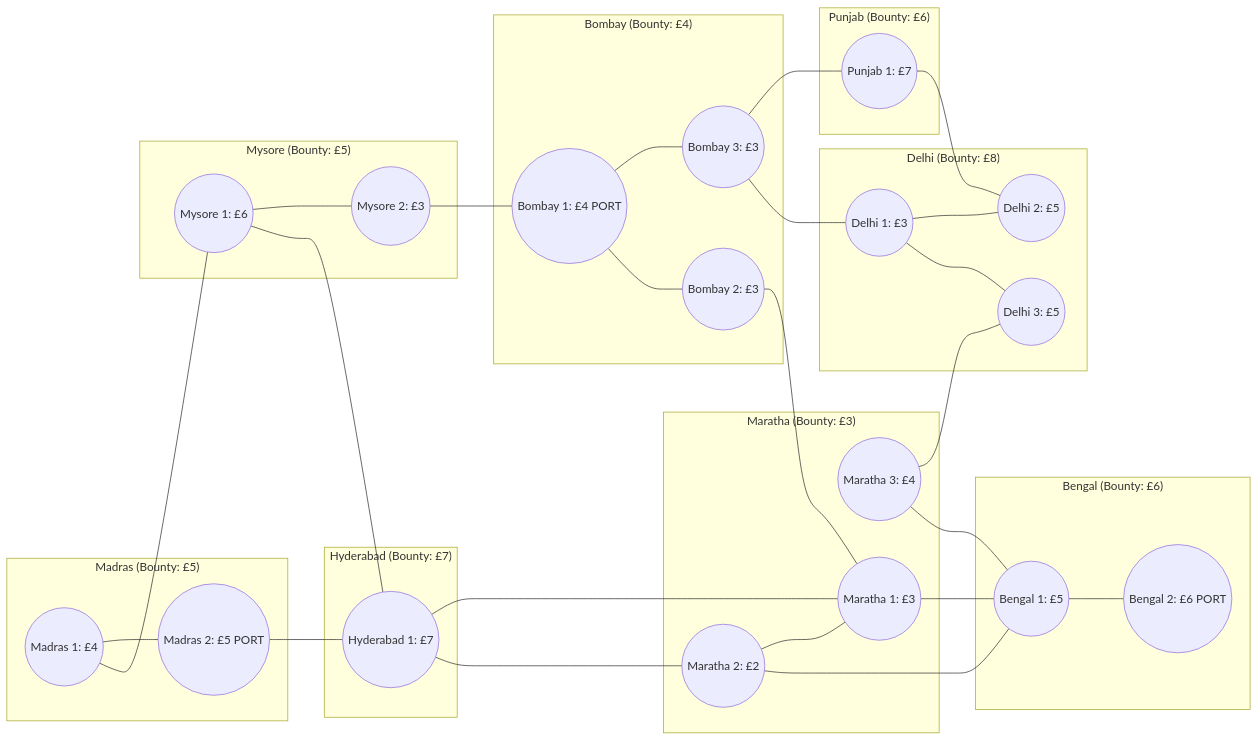
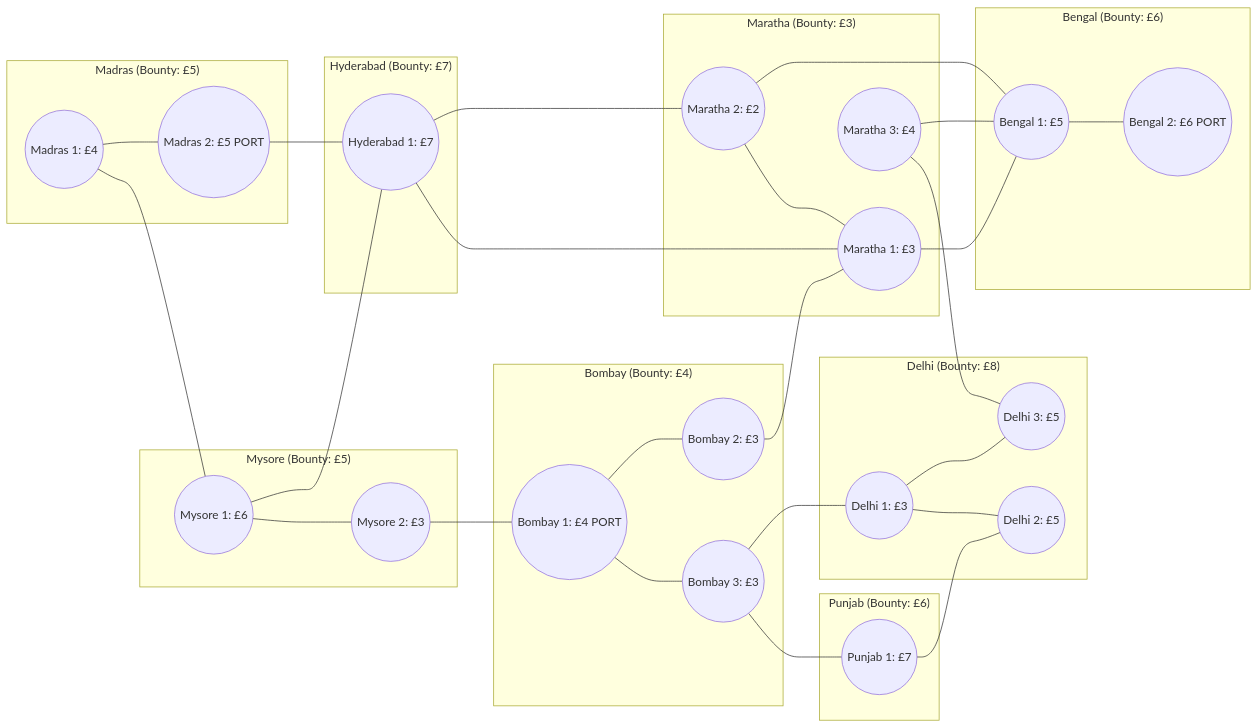
One commit to arnoid/johns-company changed the diagram in original-rules/india-map-adjacency-matrix.md. Above: the diagram before and after it, drawn with Mermaid.

Commit message:
Improve graph

````diff
--- a/original-rules/india-map-adjacency-matrix.md
+++ b/original-rules/india-map-adjacency-matrix.md
@@ -59,53 +59,53 @@
 ```mermaid
 graph LR
-    subgraph Madras ["Madras (Bounty: £5)"]
-    M1((Madras 1: £4)) --- M2((Madras 2: £5 PORT))
-    end
-    
     subgraph Mysore ["Mysore (Bounty: £5)"]
     My1((Mysore 1: £6)) --- My2((Mysore 2: £3))
     end
     
     subgraph Hyderabad ["Hyderabad (Bounty: £7)"]
     H1((Hyderabad 1: £7))
     end
     
     subgraph Bombay ["Bombay (Bounty: £4)"]
     B1 --- B3((Bombay 3: £3))
     B1((Bombay 1: £4 PORT)) --- B2((Bombay 2: £3))
     end
     
     subgraph Maratha ["Maratha (Bounty: £3)"]
+    Ma2((Maratha 2: £2)) --- Ma1((Maratha 1: £3))
     Ma3((Maratha 3: £4))
-    Ma2((Maratha 2: £2)) --- Ma1((Maratha 1: £3))
     end
     
     subgraph Punjab ["Punjab (Bounty: £6)"]
     P1((Punjab 1: £7))
     end
     
     subgraph Delhi ["Delhi (Bounty: £8)"]
     D1((Delhi 1: £3)) --- D2((Delhi 2: £5))
     D1 --- D3((Delhi 3: £5))
     end
     
     subgraph Bengal ["Bengal (Bounty: £6)"]
     Be1((Bengal 1: £5)) --- Be2((Bengal 2: £6 PORT))
     end
 
     %% Inter-Region Connections
     M1 --- My1
     M2 --- H1
     My1 --- H1
     My2 --- B1
     B2 --- Ma1
     H1 --- Ma1
     H1 --- Ma2
     B3 --- P1
     B3 --- D1
     Ma1 --- Be1
     Ma2 --- Be1
     Ma3 --- D3
     Ma3 --- Be1
     P1 --- D2
+
+    subgraph Madras ["Madras (Bounty: £5)"]
+    M1((Madras 1: £4)) --- M2((Madras 2: £5 PORT))
+    end
 ```
````
